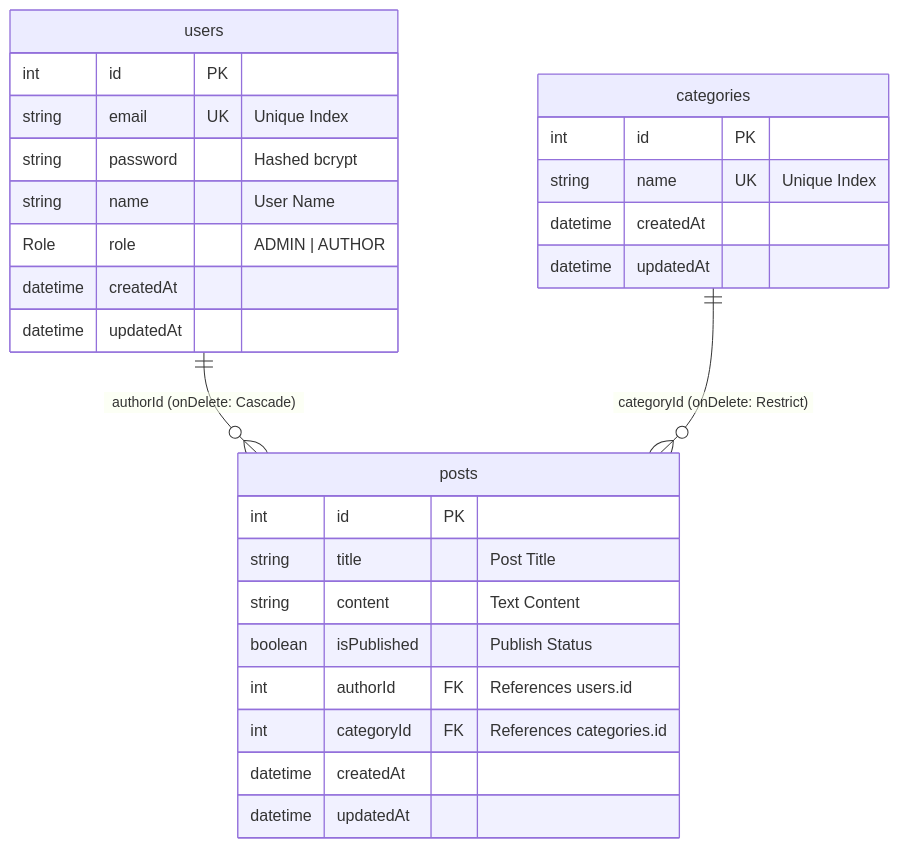
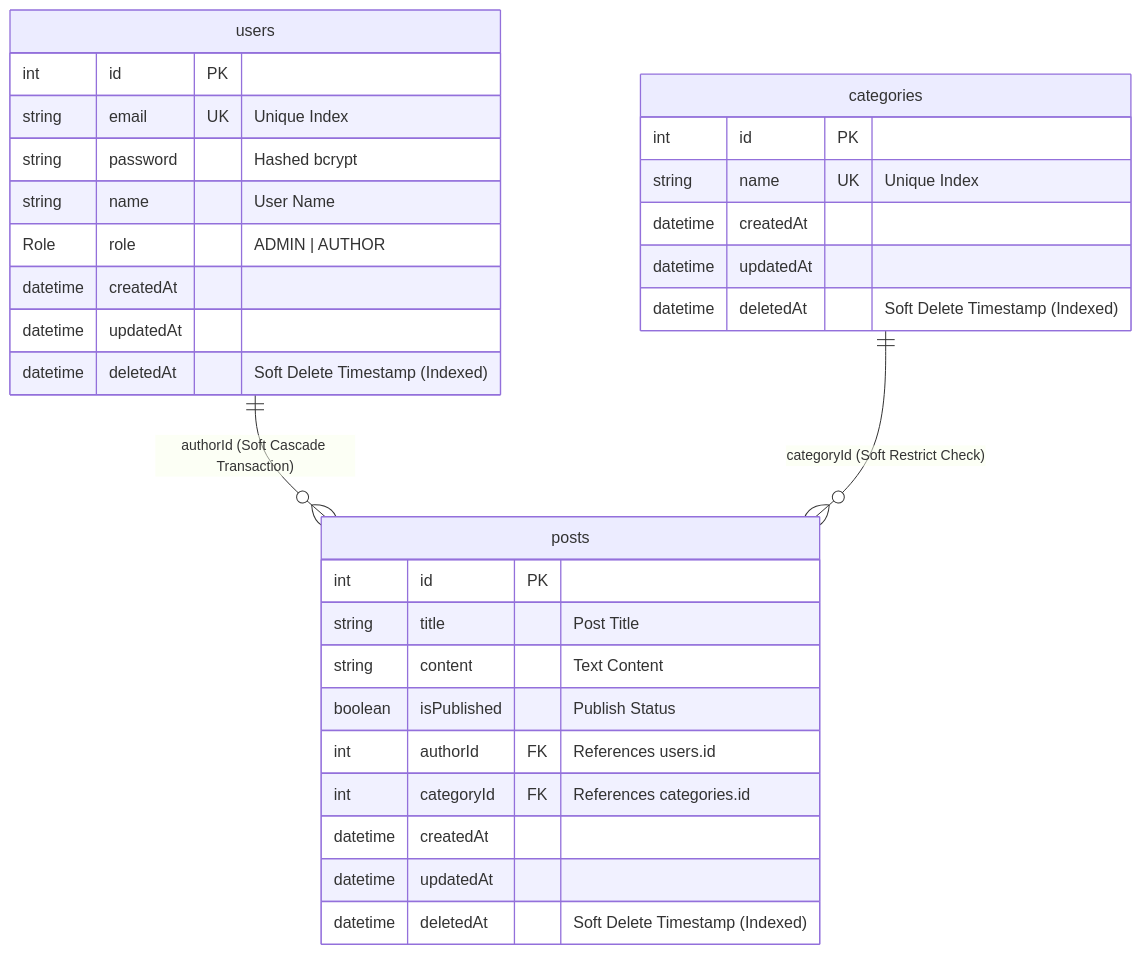
Before and after one commit to AranGit/nestjs-prisma-blog-api: the third of 3 diagrams in README.md, drawn with Mermaid. The commit also changed other lines of this file and 12 other files, not shown here.

First line of the commit message:
feat: implement soft delete and update project documentation

````diff
--- a/README.md
+++ b/README.md
@@ -109,33 +109,36 @@
 ```mermaid
 erDiagram
-    users ||--o{ posts : "authorId (onDelete: Cascade)"
-    categories ||--o{ posts : "categoryId (onDelete: Restrict)"
+    users ||--o{ posts : "authorId (Soft Cascade Transaction)"
+    categories ||--o{ posts : "categoryId (Soft Restrict Check)"
 
     users {
         int id PK
         string email UK "Unique Index"
         string password "Hashed bcrypt"
         string name "User Name"
         Role role "ADMIN | AUTHOR"
         datetime createdAt
         datetime updatedAt
+        datetime deletedAt "Soft Delete Timestamp (Indexed)"
     }
 
     categories {
         int id PK
         string name UK "Unique Index"
         datetime createdAt
         datetime updatedAt
+        datetime deletedAt "Soft Delete Timestamp (Indexed)"
     }
 
     posts {
         int id PK
         string title "Post Title"
         string content "Text Content"
         boolean isPublished "Publish Status"
         int authorId FK "References users.id"
         int categoryId FK "References categories.id"
         datetime createdAt
         datetime updatedAt
+        datetime deletedAt "Soft Delete Timestamp (Indexed)"
     }
 ```
````
